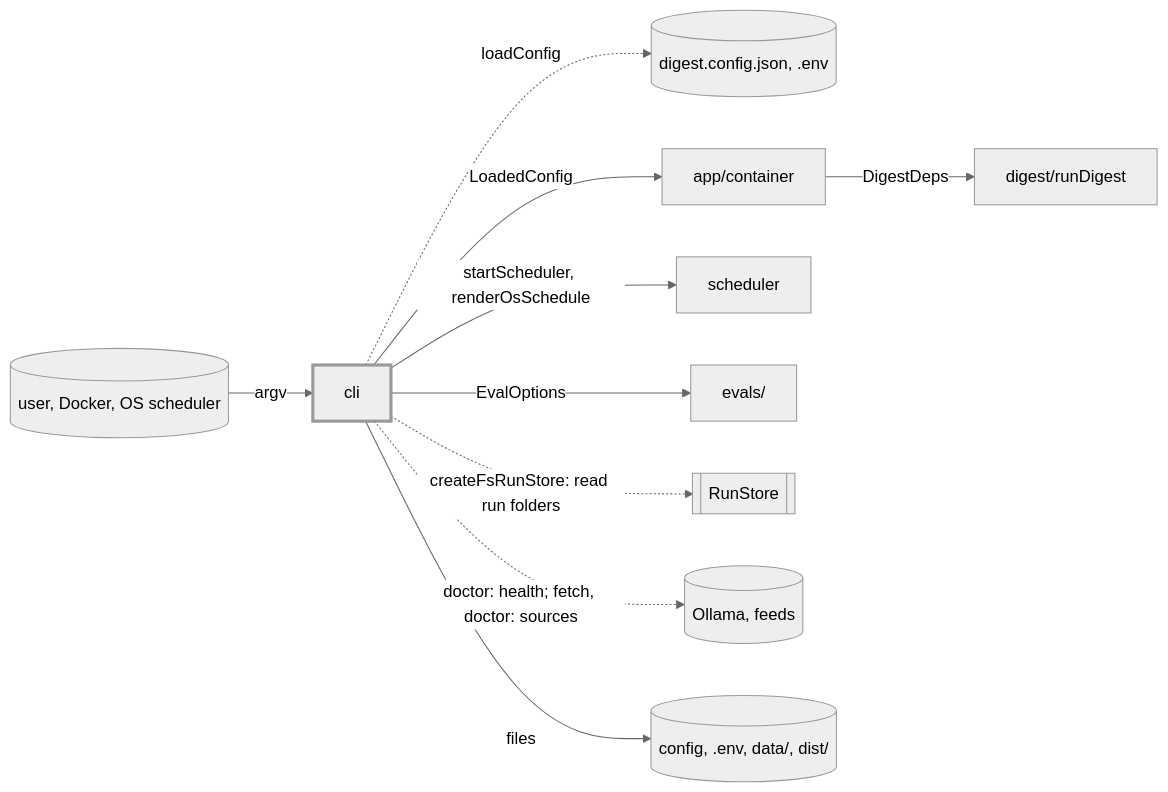
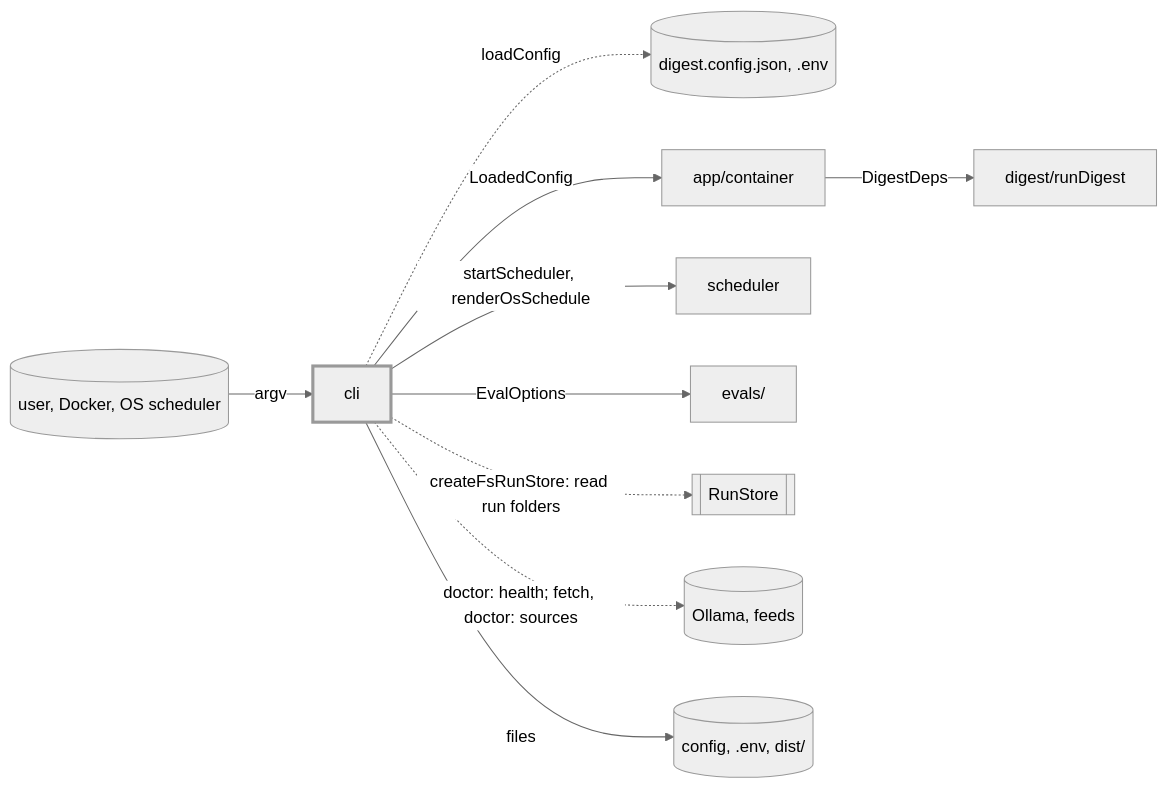
Before and after one commit to odere-pro/weekly-engineering-digest-agent: the first of 2 diagrams in src/cli/CLAUDE.md, drawn with Mermaid (neutral theme). The commit also changed other lines of this file and 133 other files, not shown here.

````diff
--- a/src/cli/CLAUDE.md
+++ b/src/cli/CLAUDE.md
@@ -9,12 +9,12 @@
 ```mermaid
 flowchart LR
   user[("user, Docker, OS scheduler")] -->|"argv"| cli:::focus
   cli -.->|"loadConfig"| cfg[("digest.config.json, .env")]
   cli -->|"LoadedConfig"| container["app/container"] -->|"DigestDeps"| runDigest["digest/runDigest"]
   cli -->|"startScheduler, renderOsSchedule"| scheduler
   cli -->|"EvalOptions"| evals["evals/"]
   cli -.->|"createFsRunStore: read run folders"| store[[RunStore]]
   cli -.->|"doctor: health; fetch, doctor: sources"| outside[("Ollama, feeds")]
-  cli -->|"files"| disk[("config, .env, data/, dist/")]
+  cli -->|"files"| disk[("config, .env, dist/")]
   classDef focus stroke-width:3px
 ```
````
